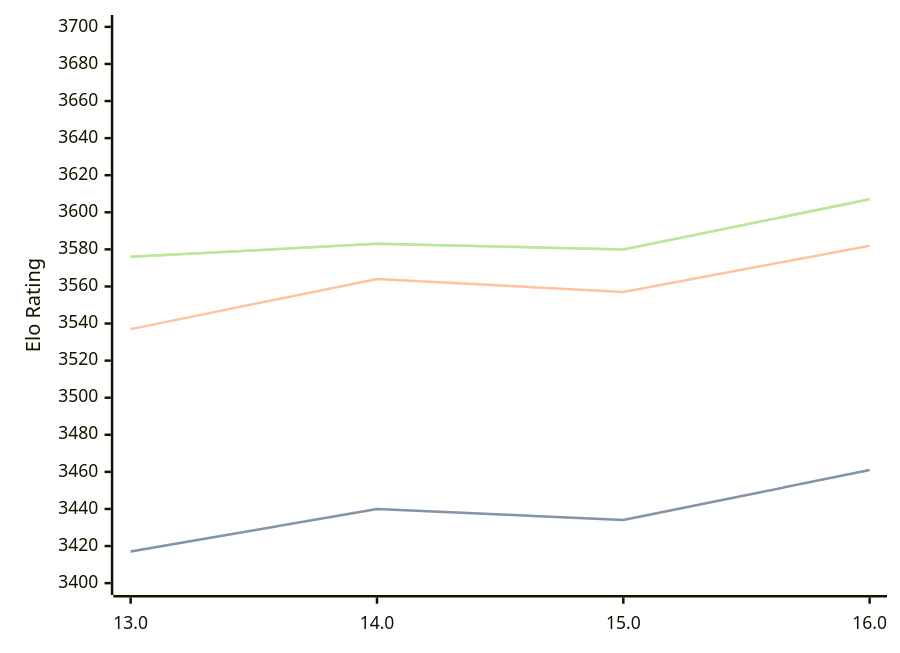
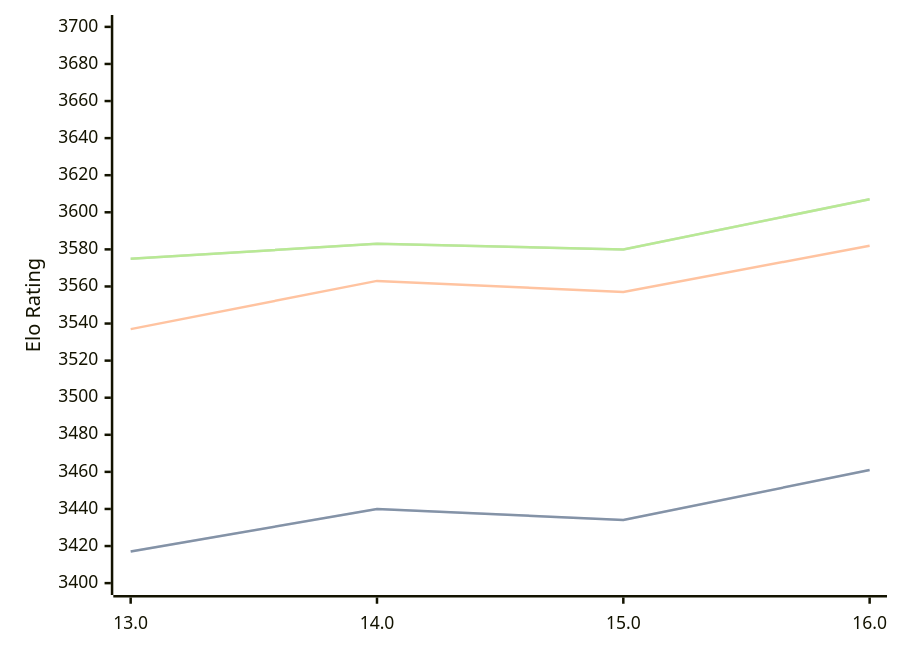
Before and after one commit to computer-chess-index/cci: the diagram in engines/Obsidian.md, drawn with Mermaid. The commit also changed other lines of this file, not shown here.

Commit message:
Update CCI Ratings (ELO VLTC) - 2026-04-08

````diff
--- a/engines/Obsidian.md
+++ b/engines/Obsidian.md
@@ -43,11 +43,11 @@
 ```mermaid
 %%{init: {"theme":"base","themeVariables":{"seriesColors:['#a3a3a3','#222221','#faa371']}}}%%
 xychart-beta
   x-axis ["13.0", "14.0", "15.0", "16.0"]
   y-axis "Elo Rating" 3400 --> 3700
   line "STC (8.0+0.08s)" [3417, 3440, 3434, 3461]
   line "STC (8.0+0.08s)" [3417, 3440, 3434, 3461]
-  line "LTC (60.0+0.60s)" [3537, 3564, 3557, 3582]
-  line "VLTC (2m24s+1.12s)" [3576, 3583, 3580, 3607]
-  line "VLTC (2m24s+1.12s)" [3576, 3583, 3580, 3607]
+  line "LTC (60.0+0.60s)" [3537, 3563, 3557, 3582]
+  line "VLTC (2m24s+1.12s)" [3575, 3583, 3580, 3607]
+  line "VLTC (2m24s+1.12s)" [3575, 3583, 3580, 3607]
 ```
````
